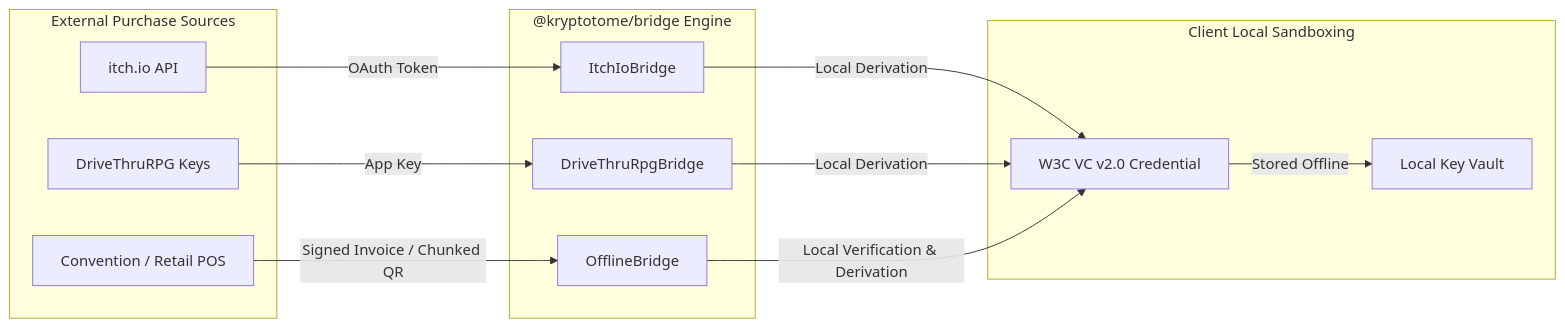
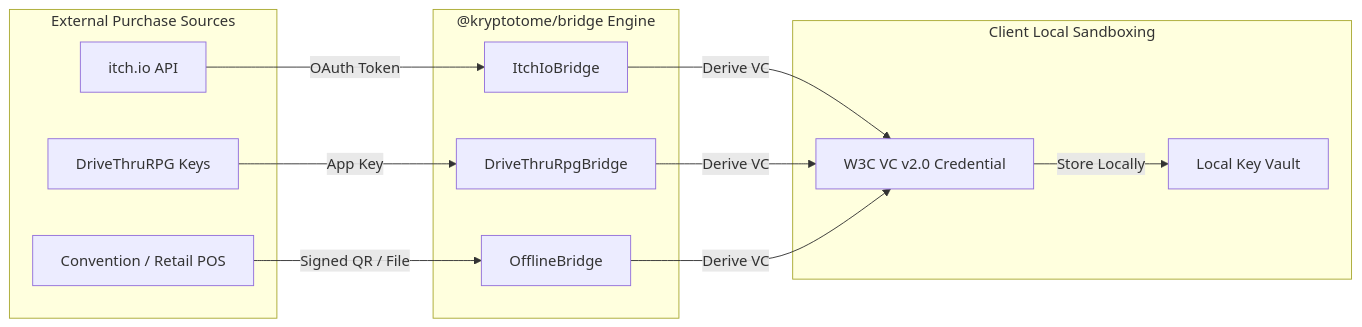
One commit to epicbrain-dev/kryptotome changed the second of 3 diagrams in docs/ARCHITECTURE.md. Above: the diagram before and after it, drawn with Mermaid. The commit also changed other lines of this file and 3 other files, not shown here.

Commit message:
docs: expand threat model, architecture, and readme with security audits, fuzzing, and replay defense specifications

````diff
--- a/docs/ARCHITECTURE.md
+++ b/docs/ARCHITECTURE.md
@@ -80,28 +83,28 @@
 ```mermaid
 flowchart LR
     subgraph ExternalSources ["External Purchase Sources"]
         Itch[itch.io API]
         DTRPG[DriveThruRPG Keys]
         AirGap[Convention / Retail POS]
     end
 
     subgraph Bridges ["@kryptotome/bridge Engine"]
         IB[ItchIoBridge]
         DB[DriveThruRpgBridge]
         OB[OfflineBridge]
     end
 
     subgraph LocalCustody ["Client Local Sandboxing"]
         VC[W3C VC v2.0 Credential]
         Vault[Local Key Vault]
     end
 
     Itch -->|OAuth Token| IB
     DTRPG -->|App Key| DB
-    AirGap -->|Signed Invoice / Chunked QR| OB
+    AirGap -->|Signed QR / File| OB
 
-    IB -->|Local Derivation| VC
-    DB -->|Local Derivation| VC
-    OB -->|Local Verification & Derivation| VC
-    VC -->|Stored Offline| Vault
+    IB -->|Derive VC| VC
+    DB -->|Derive VC| VC
+    OB -->|Derive VC| VC
+    VC -->|Store Locally| Vault
 ```
````
